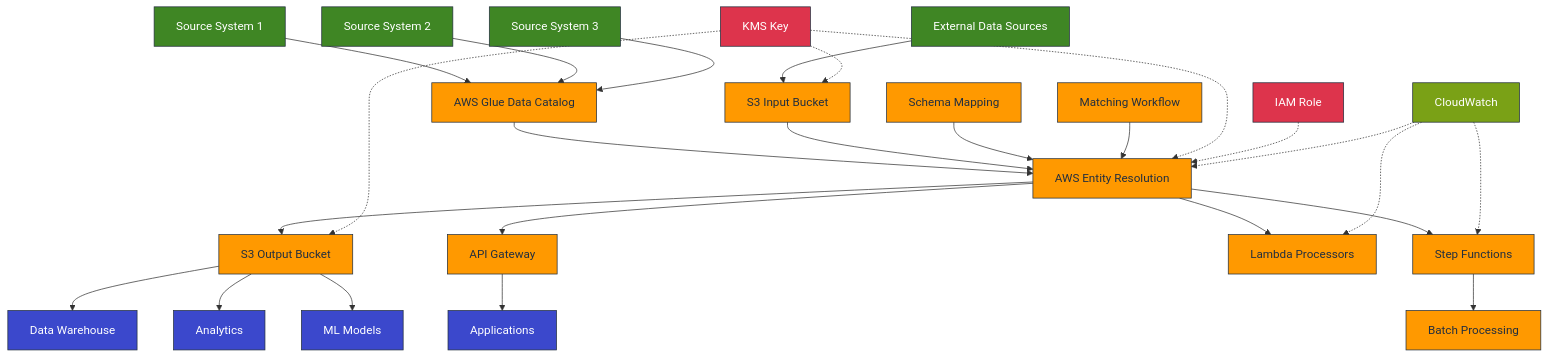
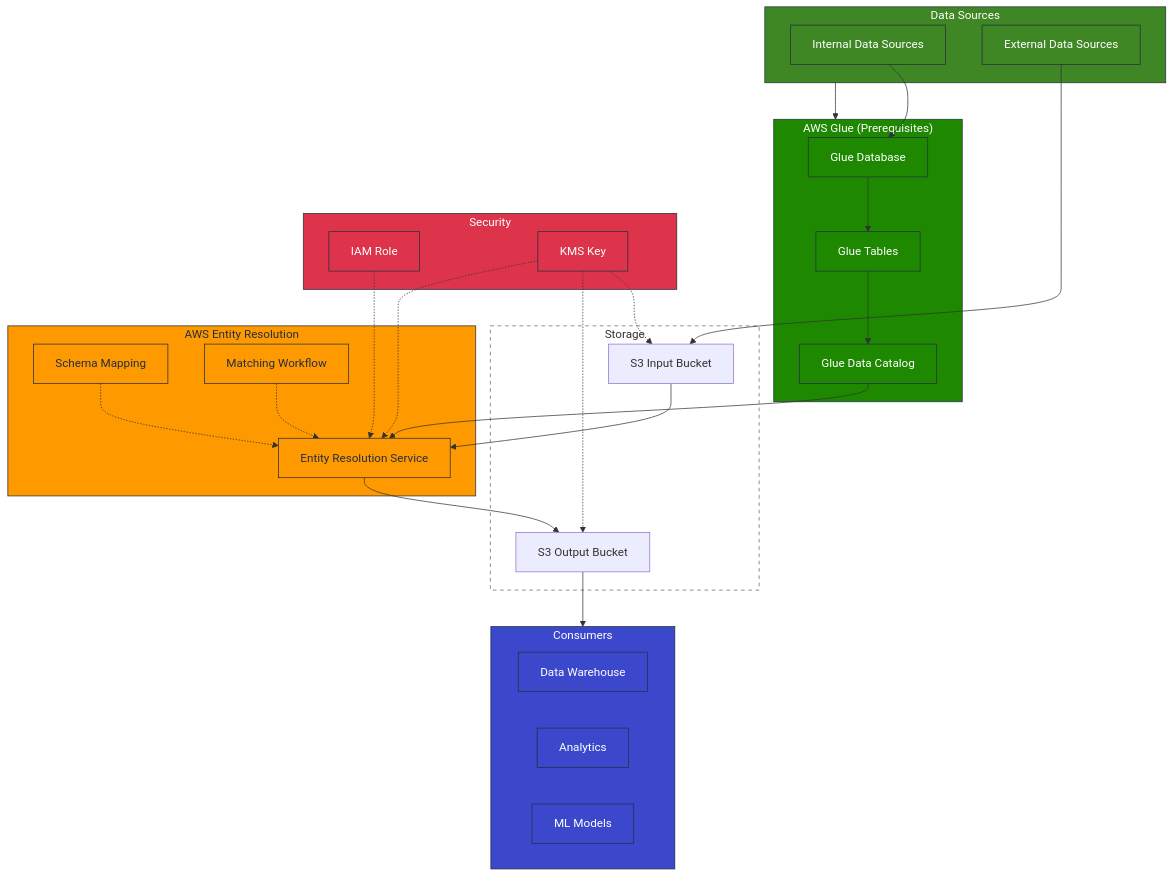
The diagram in docs/aws-entity-resolution-architecture.md (hughy603/aws-entityresolution2), drawn with Mermaid before and after one commit. The commit also changed other lines of this file and 10 other files, not shown here.

````diff
--- a/docs/aws-entity-resolution-architecture.md
+++ b/docs/aws-entity-resolution-architecture.md
@@ -12,53 +19,72 @@
 ```mermaid
-graph TD
-    %% Data Sources
-    DS1[Source System 1] --> GD1[AWS Glue Data Catalog]
-    DS2[Source System 2] --> GD1
-    DS3[Source System 3] --> GD1
-    DS4[External Data Sources] --> S3I[S3 Input Bucket]
+flowchart TD
+    %% Data Sources Layer
+    subgraph DataSources["Data Sources"]
+        DS["Internal Data Sources"]
+        DS_Ext["External Data Sources"]
+    end
 
-    %% Entity Resolution Components
-    GD1 --> ER[AWS Entity Resolution]
+    %% Glue Layer (Prerequisites)
+    subgraph GlueLayer["AWS Glue (Prerequisites)"]
+        GD["Glue Database"]
+        GT["Glue Tables"]
+        GDC["Glue Data Catalog"]
+
+        GD --> GT --> GDC
+    end
+
+    %% Entity Resolution Layer
+    subgraph ERLayer["AWS Entity Resolution"]
+        ER["Entity Resolution Service"]
+        SM["Schema Mapping"] -.-> ER
+        MW["Matching Workflow"] -.-> ER
+    end
+
+    %% Storage Layer
+    subgraph Storage["Storage"]
+        S3I["S3 Input Bucket"]
+        S3O["S3 Output Bucket"]
+    end
+
+    %% Security Layer
+    subgraph Security["Security"]
+        IAM["IAM Role"]
+        KMS["KMS Key"]
+    end
+
+    %% Consumers Layer
+    subgraph Consumers["Consumers"]
+        DW["Data Warehouse"]
+        AN["Analytics"]
+        ML["ML Models"]
+    end
+
+    %% Connections between layers
+    DataSources --> GlueLayer
+    DS --> GD
+    DS_Ext --> S3I
+
+    GDC --> ER
     S3I --> ER
-    ER --> S3O[S3 Output Bucket]
+    ER --> S3O
 
-    %% Workflow Components
-    SM[Schema Mapping] --> ER
-    MW[Matching Workflow] --> ER
+    S3O --> Consumers
 
-    %% Additional Components
-    ER --> API[API Gateway]
-    API --> APPC[Applications]
-    ER --> LAMBDA[Lambda Processors]
-    ER --> SF[Step Functions]
-    SF --> BATCH[Batch Processing]
-
-    %% Output Consumers
-    S3O --> DW[Data Warehouse]
-    S3O --> ANLYT[Analytics]
-    S3O --> ML[ML Models]
-
-    %% Security Components
-    KMS[KMS Key] -.-> ER
-    KMS -.-> S3I
-    KMS -.-> S3O
-    IAM[IAM Role] -.-> ER
-
-    %% Monitoring
-    CW[CloudWatch] -.-> ER
-    CW -.-> LAMBDA
-    CW -.-> SF
+    IAM -.-> ER
+    KMS -.-> S3I & S3O & ER
 
     %% Classification
     classDef aws fill:#FF9900,stroke:#232F3E,color:#232F3E
+    classDef prereq fill:#1E8900,stroke:#232F3E,color:white
     classDef sourceSystem fill:#3F8624,stroke:#232F3E,color:white
     classDef security fill:#DD344C,stroke:#232F3E,color:white
-    classDef monitoring fill:#7AA116,stroke:#232F3E,color:white
     classDef consumer fill:#3B48CC,stroke:#232F3E,color:white
+    classDef layer fill:none,stroke:#666,stroke-dasharray: 5 5
 
-    class GD1,ER,S3I,S3O,SM,MW,API,LAMBDA,SF,BATCH aws
-    class DS1,DS2,DS3,DS4 sourceSystem
-    class KMS,IAM security
-    class CW monitoring
-    class DW,ANLYT,ML,APPC consumer
+    class ER,SM,MW,ERLayer aws
+    class GD,GT,GDC,GlueLayer prereq
+    class DS,DS_Ext,DataSources sourceSystem
+    class IAM,KMS,Security security
+    class DW,AN,ML,Consumers consumer
+    class Storage layer
 ```
````
